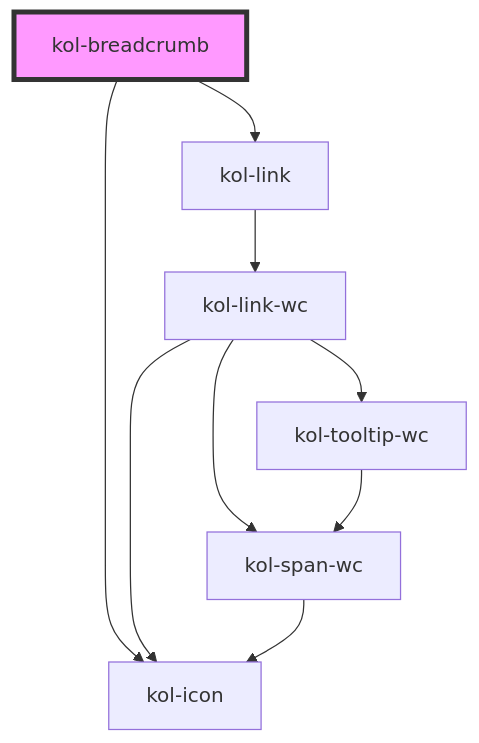
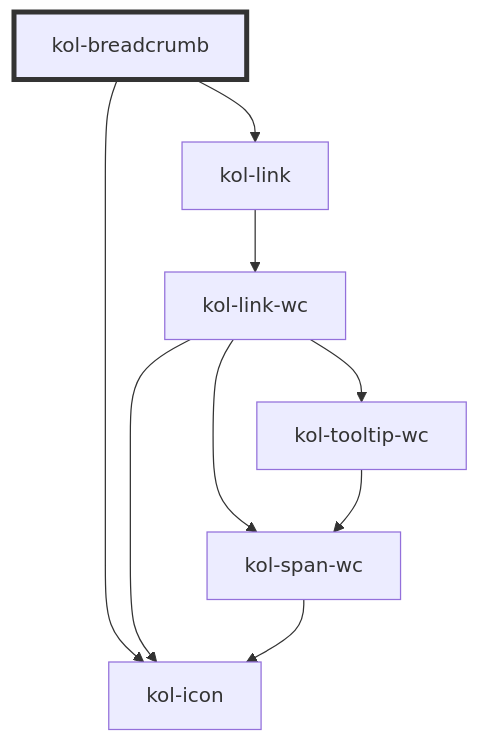
One commit to public-ui/kolibri changed the diagram in packages/components/src/components/breadcrumb/readme.md. Above: the diagram before and after it, drawn with Mermaid. The commit also changed 40 other files, not shown here.

````diff
--- a/packages/components/src/components/breadcrumb/readme.md
+++ b/packages/components/src/components/breadcrumb/readme.md
@@ -104,12 +104,12 @@
 ```mermaid
 graph TD;
   kol-breadcrumb --> kol-icon
   kol-breadcrumb --> kol-link
   kol-link --> kol-link-wc
   kol-link-wc --> kol-span-wc
   kol-link-wc --> kol-icon
   kol-link-wc --> kol-tooltip-wc
   kol-span-wc --> kol-icon
   kol-tooltip-wc --> kol-span-wc
-  style kol-breadcrumb fill:#f9f,stroke:#333,stroke-width:4px
+  style kol-breadcrumb stroke:#333,stroke-width:4px
 ```
````
